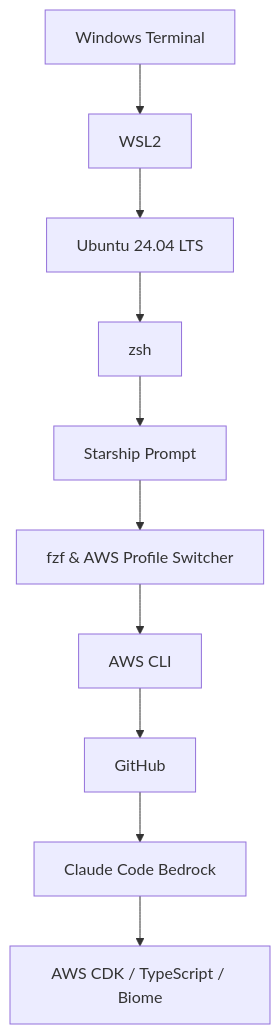
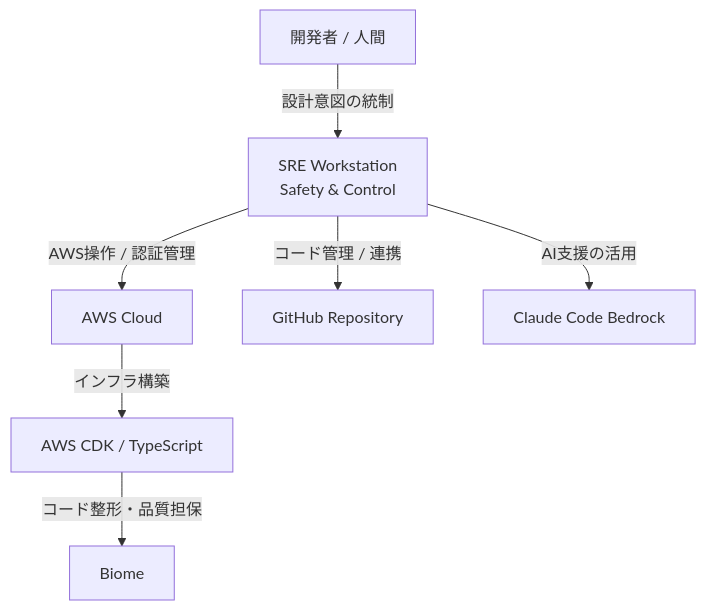
The first of 2 diagrams in README.md (SenritsuSRE/sre-workstation-setup), drawn with Mermaid before and after one commit. The commit also changed other lines of this file, not shown here.

````diff
--- a/README.md
+++ b/README.md
@@ -24,12 +24,9 @@
 ```mermaid
 flowchart TD
-    A[Windows Terminal] --> B[WSL2]
-    B --> C[Ubuntu 24.04 LTS]
-    C --> D[zsh]
-    D --> E[Starship Prompt]
-    E --> F[fzf & AWS Profile Switcher]
-    F --> G[AWS CLI]
-    G --> H[GitHub]
-    H --> I[Claude Code Bedrock]
-    I --> J[AWS CDK / TypeScript / Biome]
+    Developer[開発者 / 人間] -->|設計意図の統制| Workstation[SRE Workstation<br/>Safety & Control]
+    Workstation -->|AWS操作 / 認証管理| AWS[AWS Cloud]
+    Workstation -->|コード管理 / 連携| GitHub[GitHub Repository]
+    Workstation -->|AI支援の活用| Claude[Claude Code Bedrock]
+    AWS -->|インフラ構築| CDK[AWS CDK / TypeScript]
+    CDK -->|コード整形・品質担保| Biome[Biome]
 ```
````
